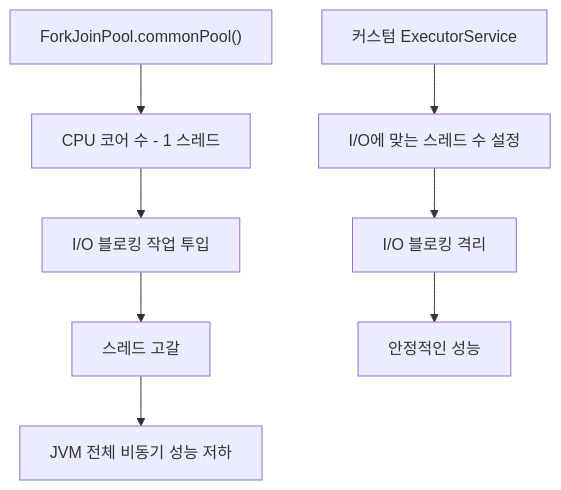
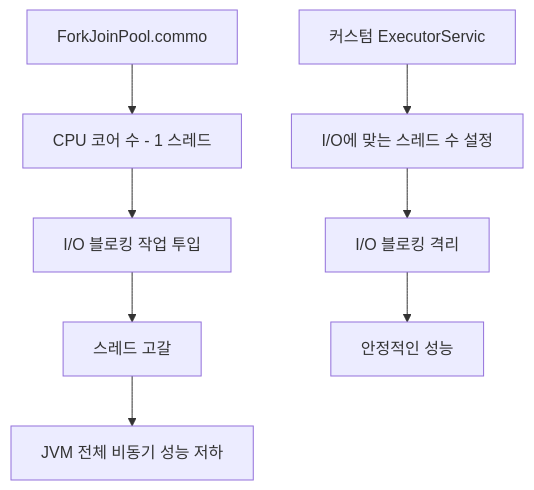
One commit to yjkim2015/yjkim2015.github.io changed the third of 3 diagrams in _posts/java/2026-05-01-java-completablefuture.md. Above: the diagram before and after it, drawn with Mermaid. The commit also changed other lines of this file and 271 other files, not shown here.

First line of the commit message:
Mermaid 라벨 축소: 긴 노드 텍스트 18자 이하로 트림 + \n 제거

````diff
--- a/_posts/java/2026-05-01-java-completablefuture.md
+++ b/_posts/java/2026-05-01-java-completablefuture.md
@@ -480,10 +480,10 @@
 ```mermaid
 flowchart TD
-    A["ForkJoinPool.commonPool()"] --> B["CPU 코어 수 - 1 스레드"]
+    A["ForkJoinPool.commo"] --> B["CPU 코어 수 - 1 스레드"]
     B --> C["I/O 블로킹 작업 투입"]
     C --> D["스레드 고갈"]
     D --> E["JVM 전체 비동기 성능 저하"]
-    F["커스텀 ExecutorService"] --> G["I/O에 맞는 스레드 수 설정"]
+    F["커스텀 ExecutorServic"] --> G["I/O에 맞는 스레드 수 설정"]
     G --> H["I/O 블로킹 격리"]
     H --> I["안정적인 성능"]
 ```
````
